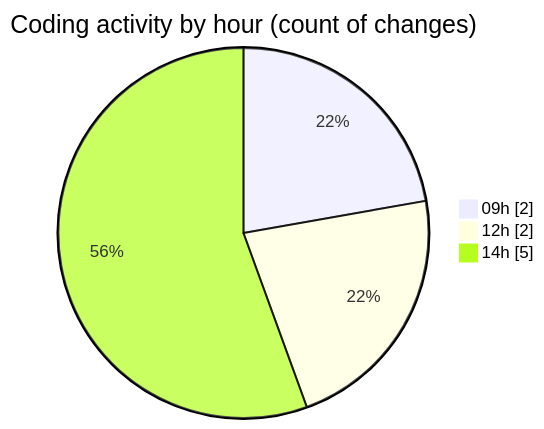
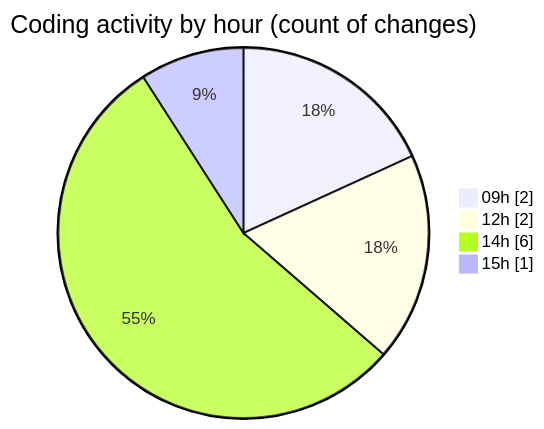
The second of 2 diagrams in 2026-03-12/cilapp/README.md (ricardozamudiocil/code-tracking), drawn with Mermaid before and after one commit. The commit also changed other lines of this file and 1 other file, not shown here.

````diff
--- a/2026-03-12/cilapp/README.md
+++ b/2026-03-12/cilapp/README.md
@@ -32,7 +32,8 @@
 ```mermaid
 pie showData
 title Coding activity by hour (count of changes)
 "09h" : 2
 "12h" : 2
-"14h" : 5
+"14h" : 6
+"15h" : 1
 ```
````
